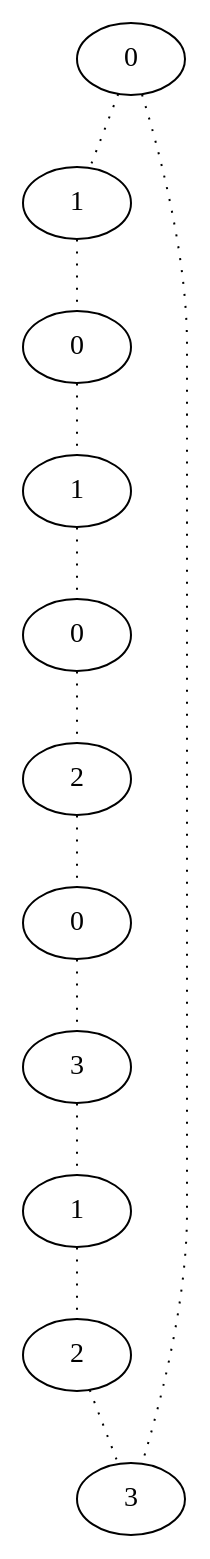
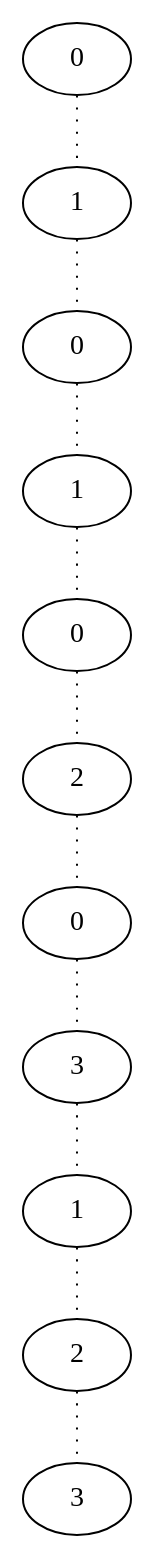
One commit to d1laj/Stage-M2 changed the diagram in TestPathsv1/result/11.dot. Above: the diagram before and after it, drawn with Graphviz. The commit also changed 169 other files, not shown here.

```diff
--- a/TestPathsv1/result/11.dot
+++ b/TestPathsv1/result/11.dot
@@ -1,24 +1,23 @@
 graph {
 a[label=0]
 b[label=1]
 c[label=0]
 d[label=1]
 e[label=0]
 f[label=2]
 g[label=0]
 h[label=3]
 i[label=1]
 j[label=2]
 k[label=3]
 a -- b [style=dotted];
 b -- c [style=dotted];
 c -- d [style=dotted];
 d -- e [style=dotted];
 e -- f [style=dotted];
 f -- g [style=dotted];
 g -- h [style=dotted];
 h -- i [style=dotted];
 i -- j [style=dotted];
 j -- k [style=dotted];
-a -- k [style=dotted];
 }
```
